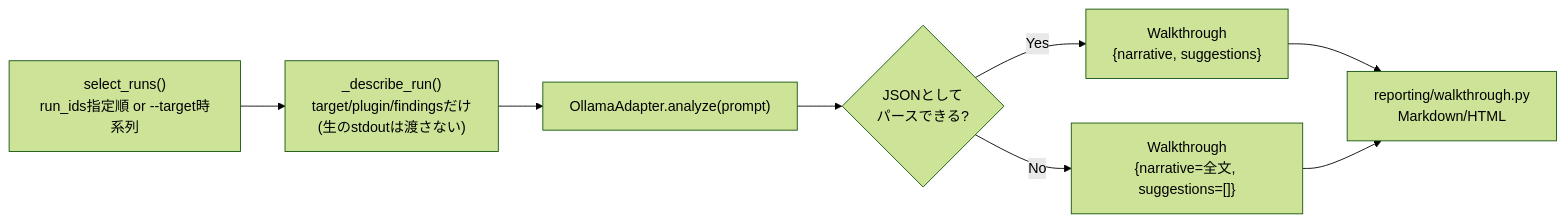
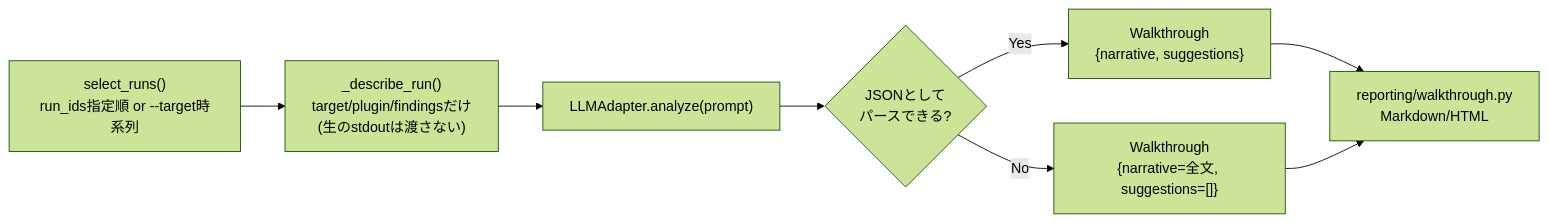
Before and after one commit to ac1965/PownForge: the fifth of 6 diagrams in docs/handbook.md, drawn with Mermaid (forest theme). The commit also changed other lines of this file and 13 other files, not shown here.

First line of the commit message:
refactor(ai): OllamaAdapter/OllamaErrorをLLMAdapter/LLMErrorへ改名

````diff
--- a/docs/handbook.md
+++ b/docs/handbook.md
@@ -2248,10 +2248,10 @@
 ```mermaid
 flowchart LR
     A["select_runs()<br/>run_ids指定順 or --target時系列"] --> B["_describe_run()<br/>target/plugin/findingsだけ<br/>(生のstdoutは渡さない)"]
-    B --> C["OllamaAdapter.analyze(prompt)"]
+    B --> C["LLMAdapter.analyze(prompt)"]
     C --> D{"JSONとして<br/>パースできる?"}
     D -- Yes --> E["Walkthrough<br/>{narrative, suggestions}"]
     D -- No --> F["Walkthrough<br/>{narrative=全文, suggestions=[]}"]
     E --> G["reporting/walkthrough.py<br/>Markdown/HTML"]
     F --> G
 ```
````
